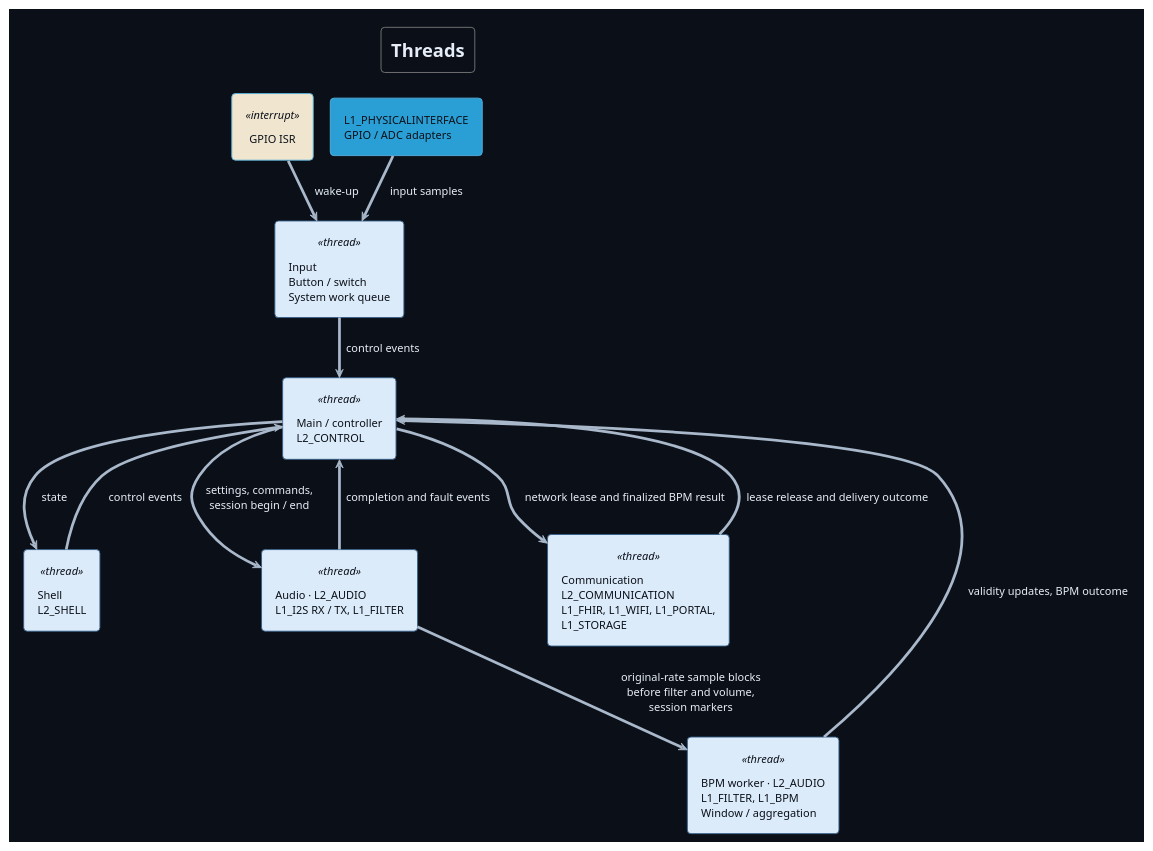
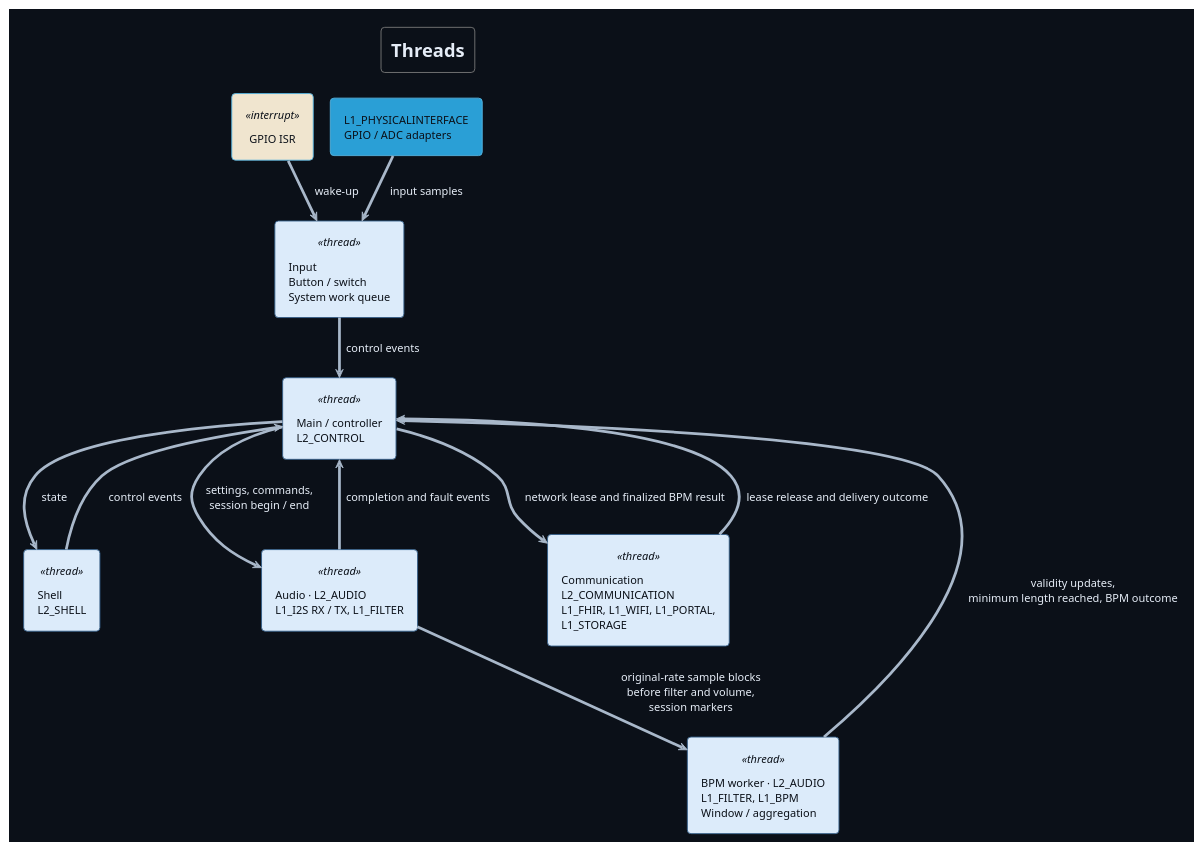
The diagram in Development/system/architecture/system/puml/runtime-ownership.puml (DemonicPsychoII/DigitalStethoscope), drawn with PlantUML before and after one commit. The commit also changed 10 other files, not shown here.

First line of the commit message:
documentation: clear every BPM stage per session, end Busy on a worker stall and show the minimum length from the worker

```diff
--- a/Development/system/architecture/system/puml/runtime-ownership.puml
+++ b/Development/system/architecture/system/puml/runtime-ownership.puml
@@ -1,41 +1,41 @@
 @startuml runtime_ownership
 !theme cyborg
 !pragma layout smetana
 skinparam shadowing false
 skinparam backgroundColor #0b1018
 skinparam defaultFontColor #e6edf7
 skinparam ArrowColor #a9b8ca
 skinparam component {
  FontColor #0b1018
 }
 skinparam componentStyle rectangle
 skinparam defaultFontName SansSerif
 title Threads
 top to bottom direction
 skinparam component {
  BackgroundColor<<thread>> #DCEBFA
  BorderColor<<thread>> #345E87
  FontColor<<thread>> #0b1018
  BackgroundColor<<interrupt>> #F0E5CF
  FontColor<<interrupt>> #0b1018
 }
 component "GPIO ISR" as irq <<interrupt>>
 component "L1_PHYSICALINTERFACE\nGPIO / ADC adapters" as adapters
 component "Input\nButton / switch\nSystem work queue" as inp <<thread>>
 component "Shell\nL2_SHELL" as shell <<thread>>
 component "Main / controller\nL2_CONTROL" as ctl <<thread>>
 component "Audio · L2_AUDIO\nL1_I2S RX / TX, L1_FILTER" as audio <<thread>>
 component "BPM worker · L2_AUDIO\nL1_FILTER, L1_BPM\nWindow / aggregation" as bpm <<thread>>
 component "Communication\nL2_COMMUNICATION\nL1_FHIR, L1_WIFI, L1_PORTAL,\nL1_STORAGE" as net <<thread>>
 irq --> inp : wake-up
 adapters --> inp : input samples
 inp --> ctl : control events
 shell --> ctl : control events
 ctl --> shell : state
 ctl --> audio : settings, commands,\nsession begin / end
 audio --> bpm : original-rate sample blocks\nbefore filter and volume,\nsession markers
-bpm --> ctl : validity updates, BPM outcome
+bpm --> ctl : validity updates,\nminimum length reached, BPM outcome
 audio --> ctl : completion and fault events
 ctl --> net : network lease and finalized BPM result
 net --> ctl : lease release and delivery outcome
 @enduml
```
